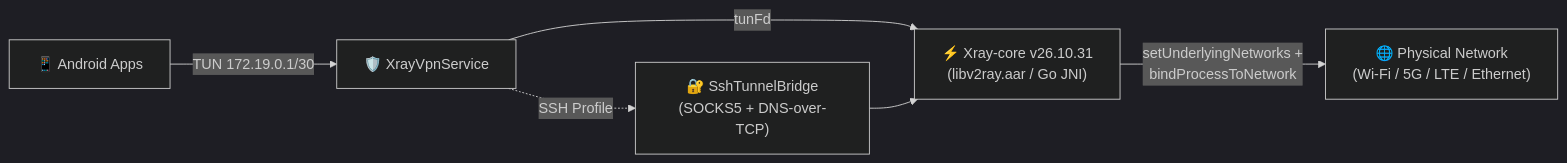
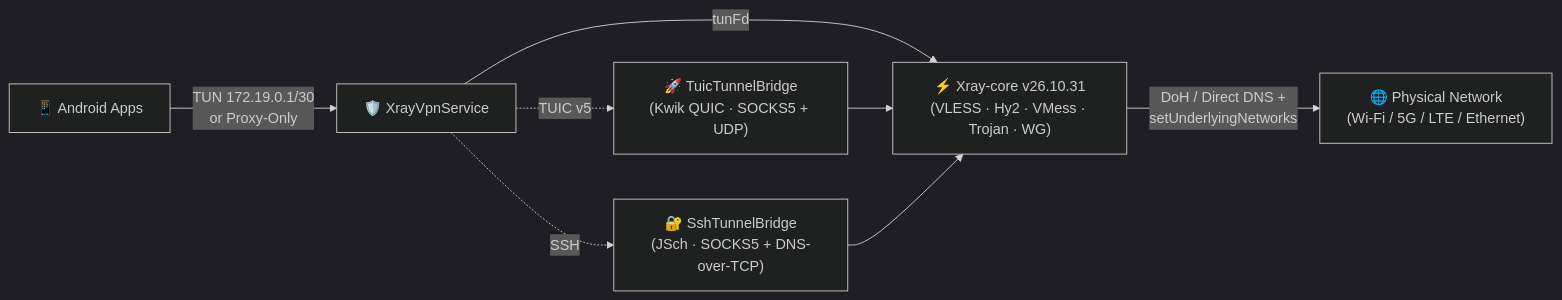
The diagram in README.md (ecraft549-sudo/NekoXray), drawn with Mermaid (dark theme) before and after one commit. The commit also changed other lines of this file and 10 other files, not shown here.

First line of the commit message:
feat: add new proxy profile examples for testing

````diff
--- a/README.md
+++ b/README.md
@@ -127,8 +130,10 @@
 ```mermaid
 flowchart LR
-    Apps["📱 Android Apps"] -->|"TUN 172.19.0.1/30"| Vpn["🛡️ XrayVpnService"]
-    Vpn -->|"tunFd"| Xray["⚡ Xray-core v26.10.31\n(libv2ray.aar / Go JNI)"]
-    Vpn -.->|"SSH Profile"| Ssh["🔐 SshTunnelBridge\n(SOCKS5 + DNS-over-TCP)"]
+    Apps["📱 Android Apps"] -->|"TUN 172.19.0.1/30\nor Proxy-Only"| Vpn["🛡️ XrayVpnService"]
+    Vpn -->|"tunFd"| Xray["⚡ Xray-core v26.10.31\n(VLESS · Hy2 · VMess · Trojan · WG)"]
+    Vpn -.->|"TUIC v5"| Tuic["🚀 TuicTunnelBridge\n(Kwik QUIC · SOCKS5 + UDP)"]
+    Vpn -.->|"SSH"| Ssh["🔐 SshTunnelBridge\n(JSch · SOCKS5 + DNS-over-TCP)"]
+    Tuic --> Xray
     Ssh --> Xray
-    Xray -->|"setUnderlyingNetworks +\nbindProcessToNetwork"| Net["🌐 Physical Network\n(Wi-Fi / 5G / LTE / Ethernet)"]
+    Xray -->|"DoH / Direct DNS +\nsetUnderlyingNetworks"| Net["🌐 Physical Network\n(Wi-Fi / 5G / LTE / Ethernet)"]
 ```
````
